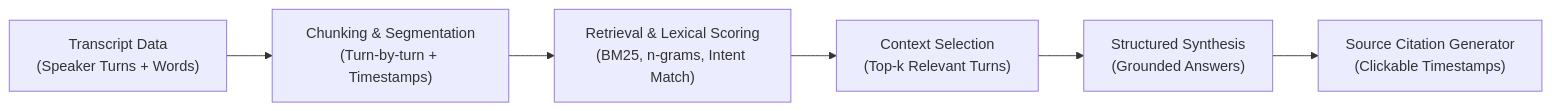
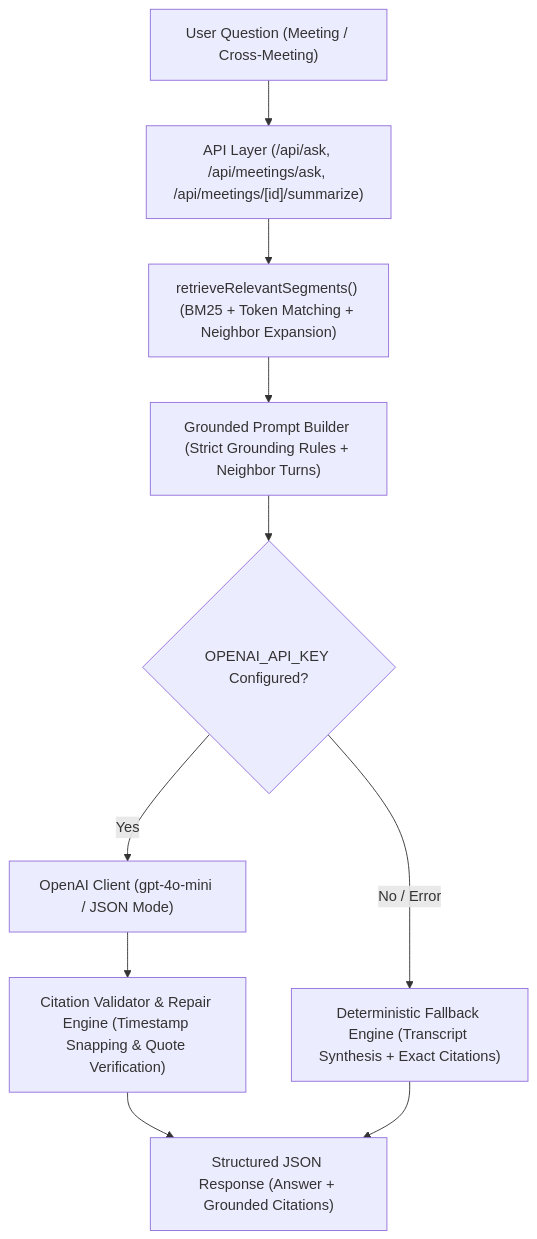
The second of 2 diagrams in README.md (ParvGatecha/FathomAI), drawn with Mermaid before and after one commit. The commit also changed other lines of this file and 18 other files, not shown here.

Commit message:
feat(ai): integrate real OpenAI architecture with grounded citations, summary generation, and robust fallback

````diff
--- a/README.md
+++ b/README.md
@@ -118,8 +118,14 @@
 ```mermaid
-graph LR
-    A["Transcript Data\n(Speaker Turns + Words)"] --> B["Chunking & Segmentation\n(Turn-by-turn + Timestamps)"]
-    B --> C["Retrieval & Lexical Scoring\n(BM25, n-grams, Intent Match)"]
-    C --> D["Context Selection\n(Top-k Relevant Turns)"]
-    D --> E["Structured Synthesis\n(Grounded Answers)"]
-    E --> F["Source Citation Generator\n(Clickable Timestamps)"]
+graph TD
+    User["User Question (Meeting / Cross-Meeting)"] --> API["API Layer (/api/ask, /api/meetings/ask, /api/meetings/[id]/summarize)"]
+    API --> Retrieval["retrieveRelevantSegments() (BM25 + Token Matching + Neighbor Expansion)"]
+    Retrieval --> Prompt["Grounded Prompt Builder (Strict Grounding Rules + Neighbor Turns)"]
+    Prompt --> CheckKey{"OPENAI_API_KEY Configured?"}
+    
+    CheckKey -- Yes --> OpenAI["OpenAI Client (gpt-4o-mini / JSON Mode)"]
+    OpenAI --> Validate["Citation Validator & Repair Engine (Timestamp Snapping & Quote Verification)"]
+    Validate --> Response["Structured JSON Response (Answer + Grounded Citations)"]
+    
+    CheckKey -- No / Error --> Fallback["Deterministic Fallback Engine (Transcript Synthesis + Exact Citations)"]
+    Fallback --> Response
 ```
````
